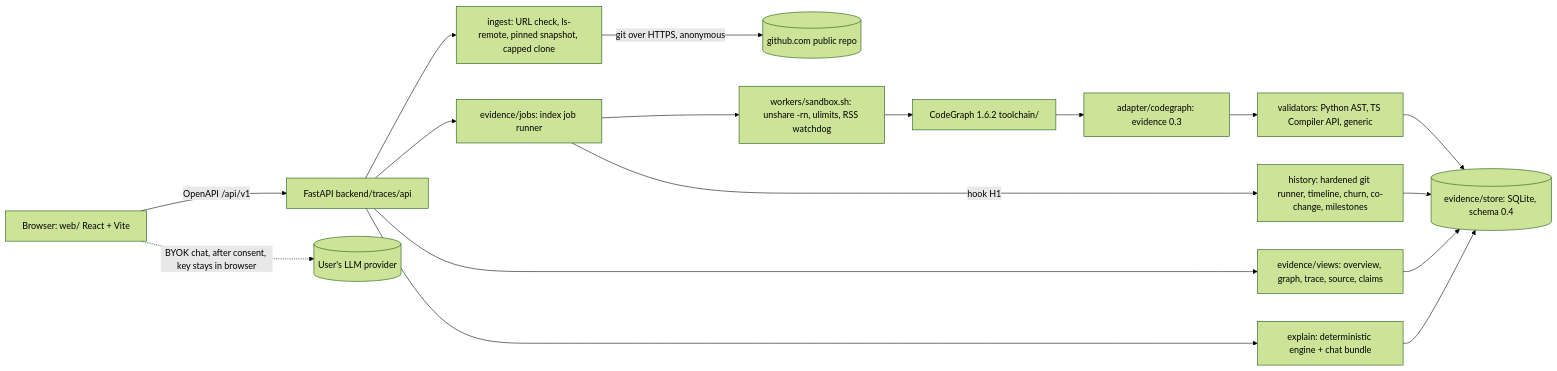
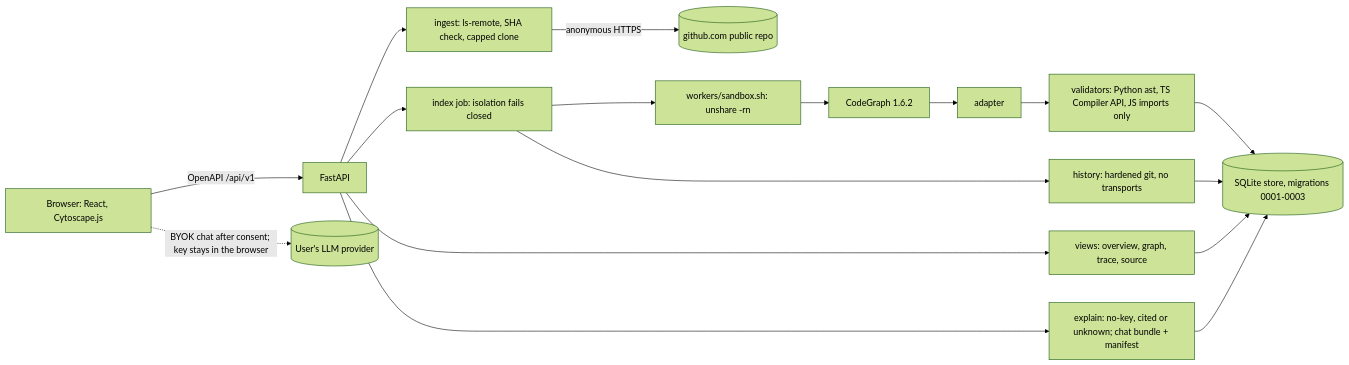
One commit to ShaileshRawat1403/traces changed the diagram in docs/review/V1_REVIEW_PACKAGE.md. Above: the diagram before and after it, drawn with Mermaid (forest theme). The commit also changed other lines of this file and 5 other files, not shown here.

````diff
--- a/docs/review/V1_REVIEW_PACKAGE.md
+++ b/docs/review/V1_REVIEW_PACKAGE.md
@@ -37,19 +44,14 @@
 ```mermaid
 flowchart LR
-  U[Browser: web/ React + Vite] -->|OpenAPI /api/v1| API[FastAPI backend/traces/api]
-  U -. BYOK chat, after consent, key stays in browser .-> LLM[(User's LLM provider)]
-  API --> ING[ingest: URL check, ls-remote, pinned snapshot, capped clone]
-  ING -->|git over HTTPS, anonymous| GH[(github.com public repo)]
-  API --> JOB[evidence/jobs: index job runner]
-  JOB --> SB[workers/sandbox.sh: unshare -rn, ulimits, RSS watchdog]
-  SB --> CG[CodeGraph 1.6.2 toolchain/]
-  CG --> AD[adapter/codegraph: evidence 0.3]
-  AD --> VAL[validators: Python AST, TS Compiler API, generic]
-  VAL --> ST[(evidence/store: SQLite, schema 0.4)]
-  JOB -->|hook H1| HIS[history: hardened git runner, timeline, churn, co-change, milestones]
-  HIS --> ST
-  API --> VW[evidence/views: overview, graph, trace, source, claims]
-  API --> EX[explain: deterministic engine + chat bundle]
-  VW --> ST
-  EX --> ST
+  U["Browser: React, Cytoscape.js"] -->|"OpenAPI /api/v1"| API["FastAPI"]
+  U -. "BYOK chat after consent; key stays in the browser" .-> LLM[("User's LLM provider")]
+  API --> ING["ingest: ls-remote, SHA check, capped clone"]
+  ING -->|"anonymous HTTPS"| GH[("github.com public repo")]
+  API --> JOB["index job: isolation fails closed"]
+  JOB --> SB["workers/sandbox.sh: unshare -rn"]
+  SB --> CG["CodeGraph 1.6.2"] --> AD["adapter"] --> VAL["validators: Python ast, TS Compiler API, JS imports only"]
+  VAL --> ST[("SQLite store, migrations 0001-0003")]
+  JOB --> HIS["history: hardened git, no transports"] --> ST
+  API --> VW["views: overview, graph, trace, source"] --> ST
+  API --> EX["explain: no-key, cited or unknown; chat bundle + manifest"] --> ST
 ```
````
